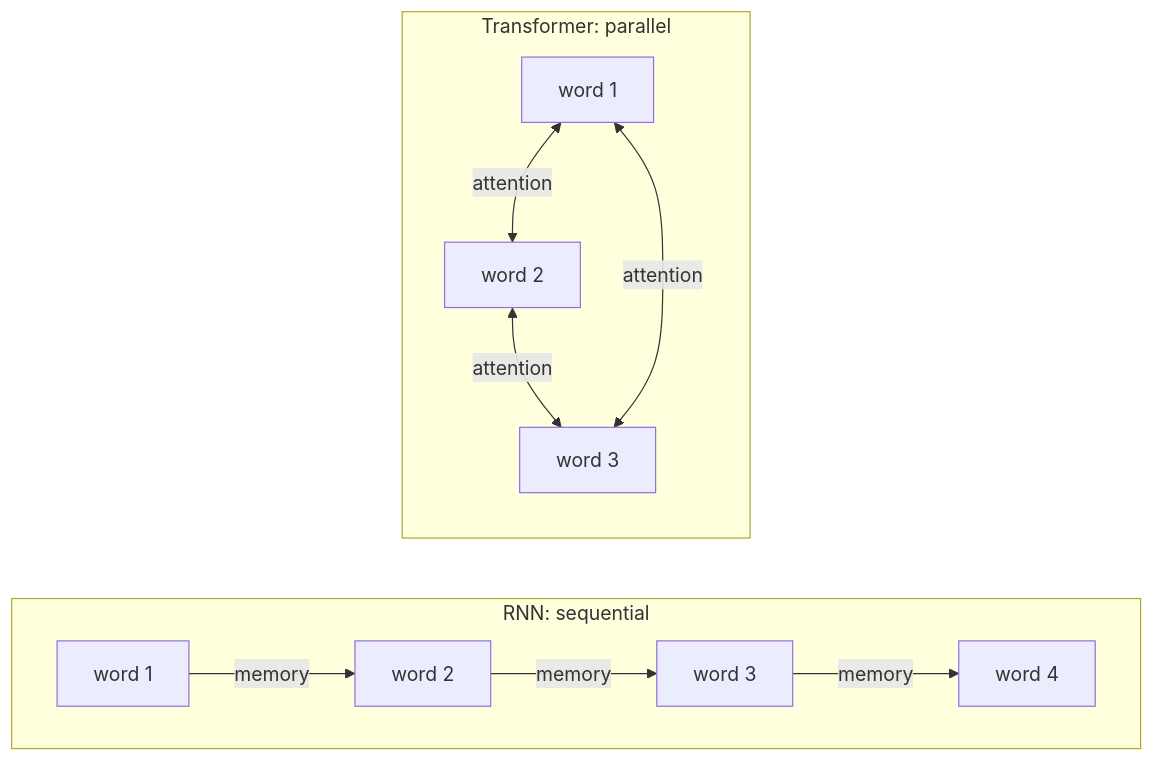
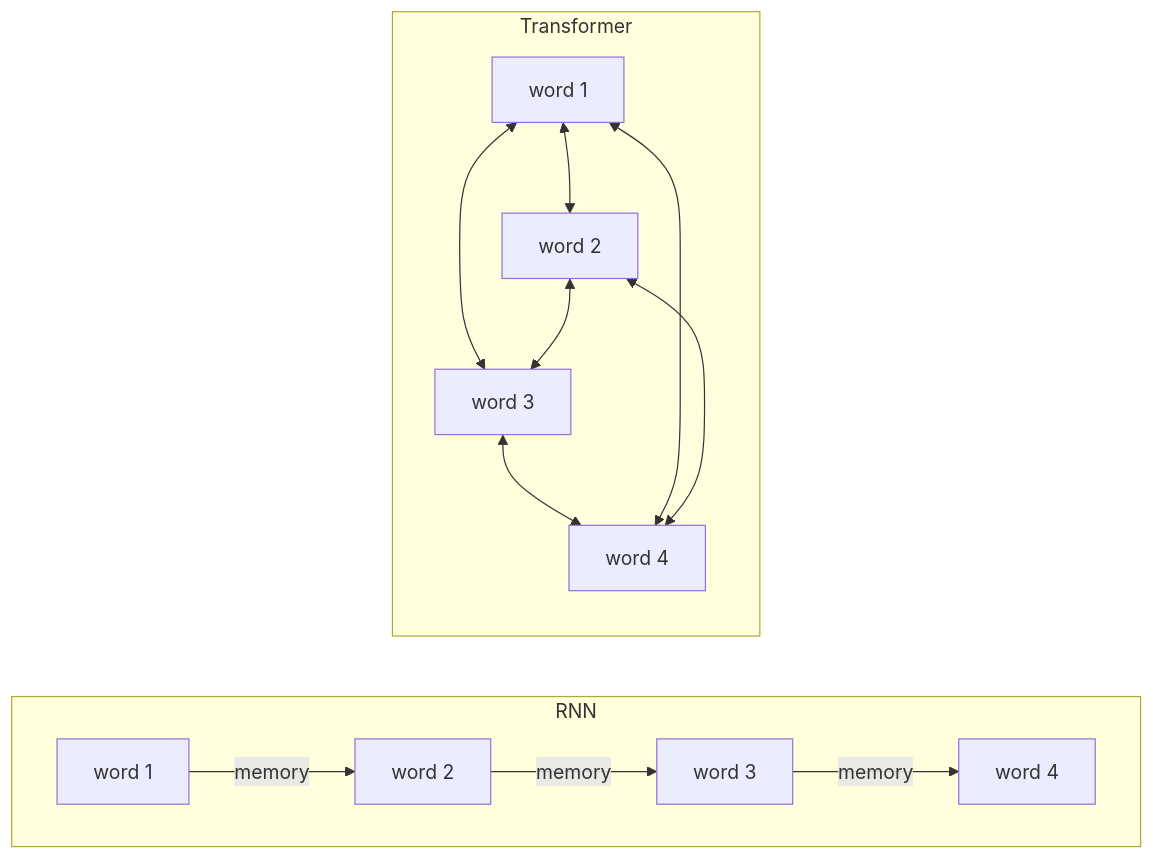
One commit to kaisarnajar/outcome-school-blogs changed the first of 2 diagrams in notes/step-03-generative-ai-and-the-transformer-architecture/051-how-do-rnns-and-transformers-differ.md. Above: the diagram before and after it, drawn with Mermaid. The commit also changed other lines of this file and 233 other files, not shown here.

````diff
--- a/notes/step-03-generative-ai-and-the-transformer-architecture/051-how-do-rnns-and-transformers-differ.md
+++ b/notes/step-03-generative-ai-and-the-transformer-architecture/051-how-do-rnns-and-transformers-differ.md
@@ -37,15 +40,18 @@
 ```mermaid
 flowchart LR
-    subgraph RNN["RNN: sequential"]
+    subgraph R1["RNN"]
         direction LR
-        R1["word 1"] -->|"memory"| R2["word 2"]
-        R2 -->|"memory"| R3["word 3"]
-        R3 -->|"memory"| R4["word 4"]
+        r1["word 1"] -->|"memory"| r2["word 2"]
+        r2 -->|"memory"| r3["word 3"]
+        r3 -->|"memory"| r4["word 4"]
     end
-    subgraph TR["Transformer: parallel"]
+    subgraph T1["Transformer"]
         direction TB
-        T1["word 1"] <-->|"attention"| T2["word 2"]
-        T2 <-->|"attention"| T3["word 3"]
-        T1 <-->|"attention"| T3
+        t1["word 1"] <--> t2["word 2"]
+        t1 <--> t3["word 3"]
+        t2 <--> t3
+        t3 <--> t4["word 4"]
+        t1 <--> t4
+        t2 <--> t4
     end
 ```
````
